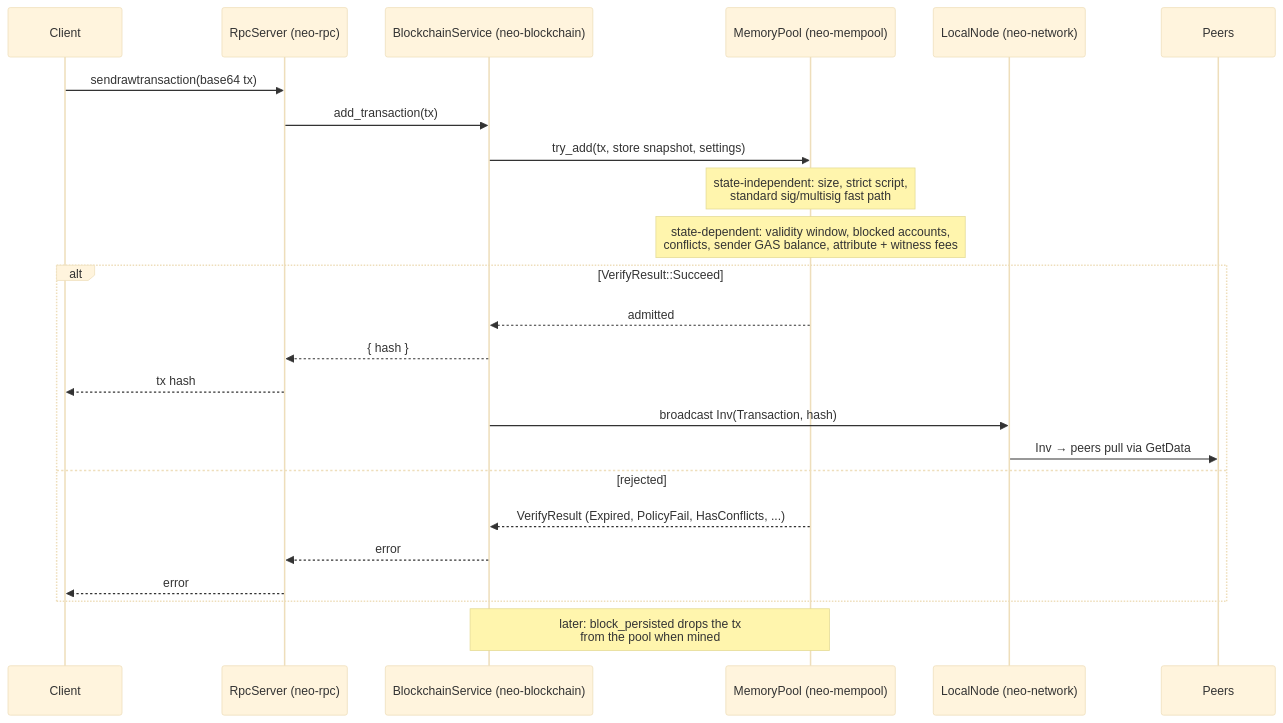
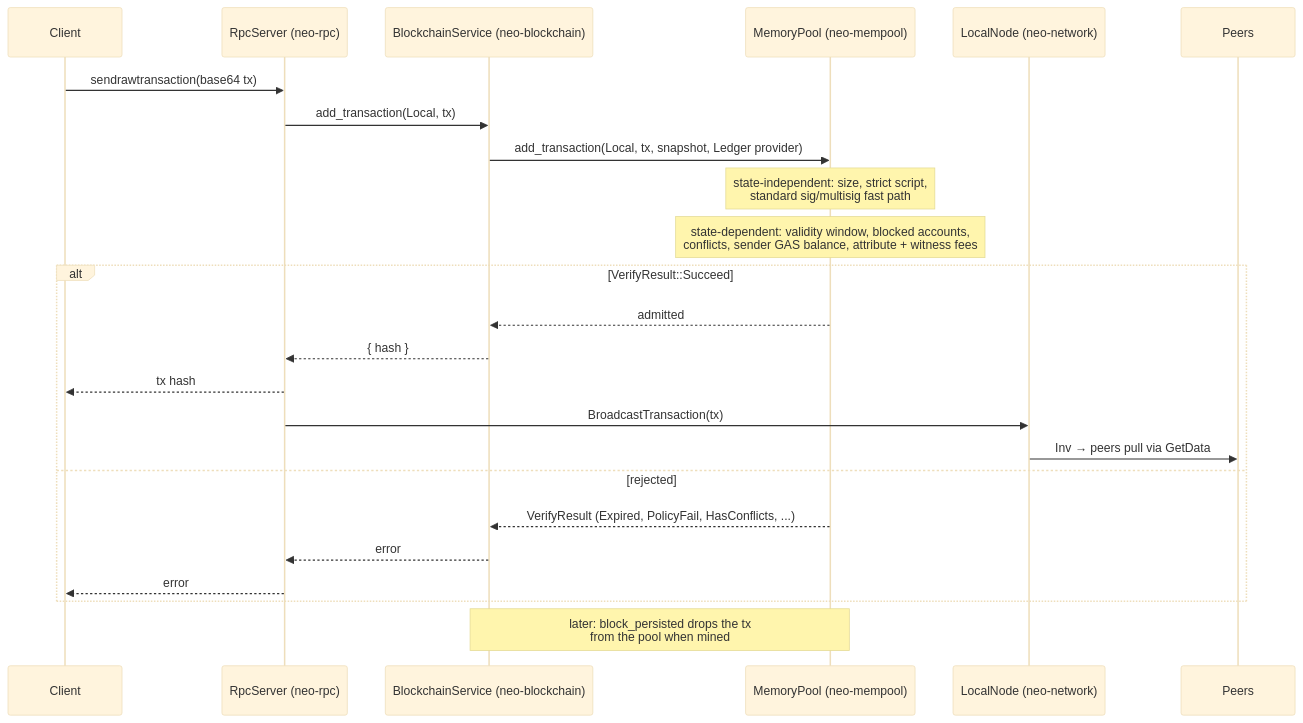
One commit to r3e-network/neo-rs changed the third of 7 diagrams in docs/dataflow.md. Above: the diagram before and after it, drawn with Mermaid (base theme). The commit also changed 704 other files, not shown here.

First line of the commit message:
refactor: converge node architecture and correctness boundaries

````diff
--- a/docs/dataflow.md
+++ b/docs/dataflow.md
@@ -291,27 +291,27 @@
 ```mermaid
 sequenceDiagram
     participant Client
     participant RPC as RpcServer (neo-rpc)
     participant BC as BlockchainService (neo-blockchain)
     participant MP as MemoryPool (neo-mempool)
     participant Net as LocalNode (neo-network)
     participant Peers
 
     Client->>RPC: sendrawtransaction(base64 tx)
-    RPC->>BC: add_transaction(tx)
-    BC->>MP: try_add(tx, store snapshot, settings)
+    RPC->>BC: add_transaction(Local, tx)
+    BC->>MP: add_transaction(Local, tx, snapshot, Ledger provider)
     Note over MP: state-independent: size, strict script,<br/>standard sig/multisig fast path
     Note over MP: state-dependent: validity window, blocked accounts,<br/>conflicts, sender GAS balance, attribute + witness fees
     alt VerifyResult::Succeed
         MP-->>BC: admitted
         BC-->>RPC: { hash }
         RPC-->>Client: tx hash
-        BC->>Net: broadcast Inv(Transaction, hash)
+        RPC->>Net: BroadcastTransaction(tx)
         Net->>Peers: Inv → peers pull via GetData
     else rejected
         MP-->>BC: VerifyResult (Expired, PolicyFail, HasConflicts, ...)
         BC-->>RPC: error
         RPC-->>Client: error
     end
     Note over MP,BC: later: block_persisted drops the tx<br/>from the pool when mined
 ```
````
